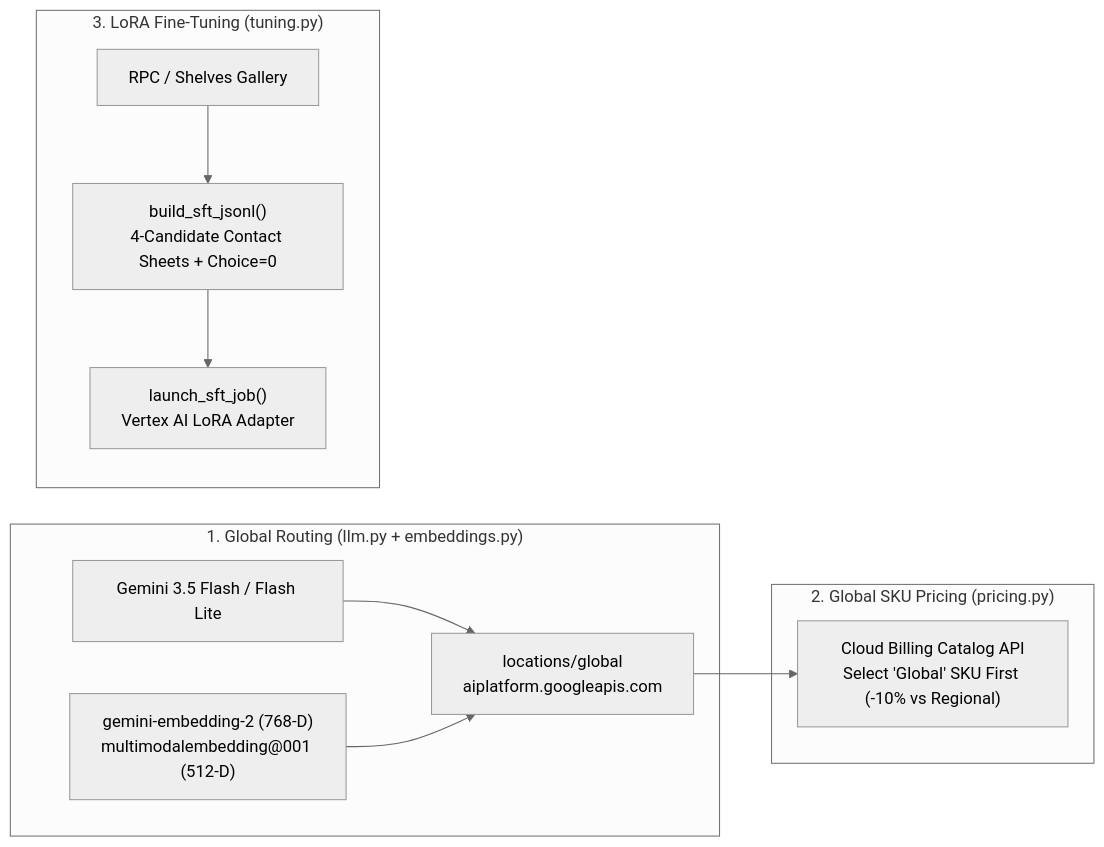
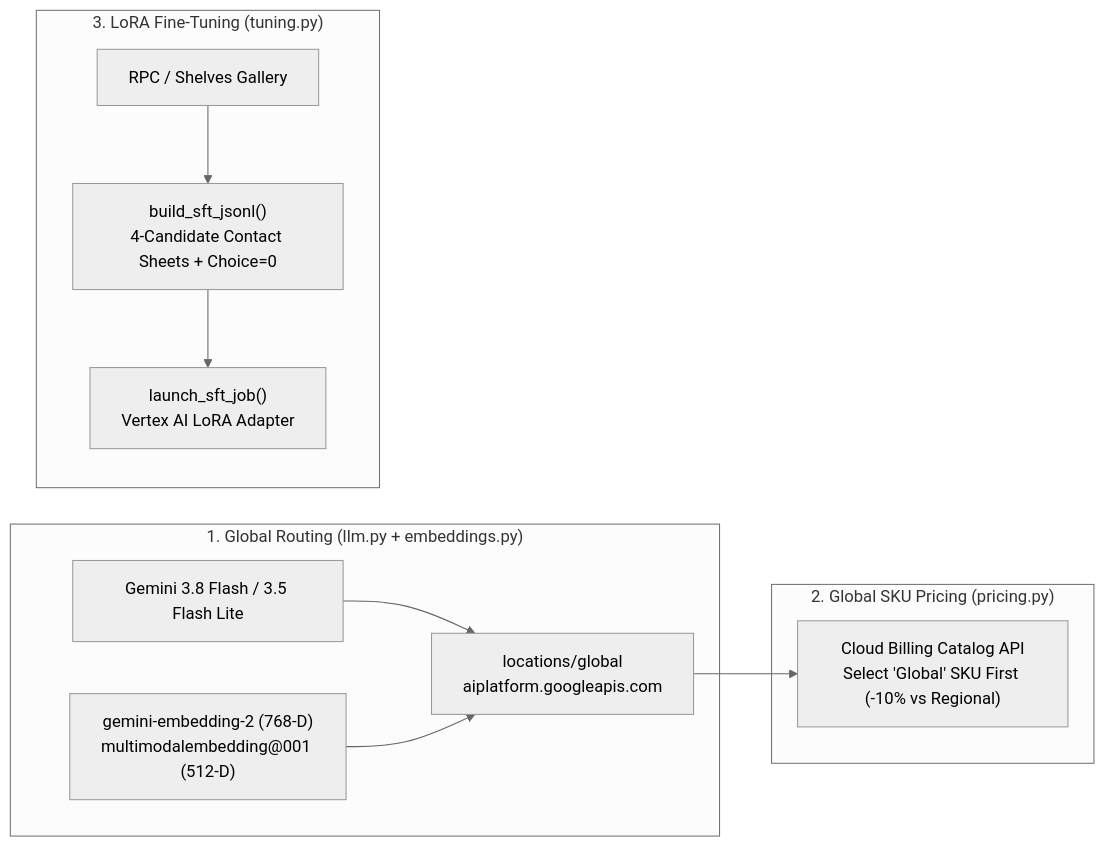
The first of 5 diagrams in docs/reference.md (jigyasujuneja/unilever-shelf-understanding-e2e), drawn with Mermaid (neutral theme) before and after one commit. The commit also changed other lines of this file and 7 other files, not shown here.

Commit message:
Update default untuned Flash base model to gemini-3.8-flash

````diff
--- a/docs/reference.md
+++ b/docs/reference.md
@@ -148,14 +148,14 @@
 ```mermaid
 flowchart LR
   subgraph CFG["1. Global Routing (llm.py + embeddings.py)"]
-    G["Gemini 3.5 Flash / Flash Lite"] --> GL["locations/global<br/>aiplatform.googleapis.com"]
+    G["Gemini 3.8 Flash / 3.5 Flash Lite"] --> GL["locations/global<br/>aiplatform.googleapis.com"]
     E["gemini-embedding-2 (768-D)<br/>multimodalembedding@001 (512-D)"] --> GL
   end
   subgraph BILL["2. Global SKU Pricing (pricing.py)"]
     GL --> CAT["Cloud Billing Catalog API<br/>Select 'Global' SKU First (-10% vs Regional)"]
   end
   subgraph SFT["3. LoRA Fine-Tuning (tuning.py)"]
     DATA["RPC / Shelves Gallery"] --> JSONL["build_sft_jsonl()<br/>4-Candidate Contact Sheets + Choice=0"]
     JSONL --> TUNE["launch_sft_job()<br/>Vertex AI LoRA Adapter"]
   end
 ```
````
